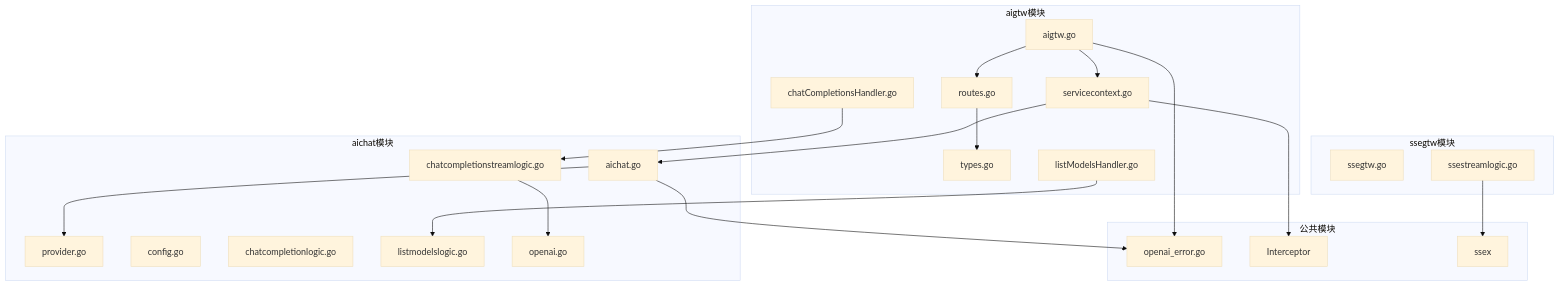
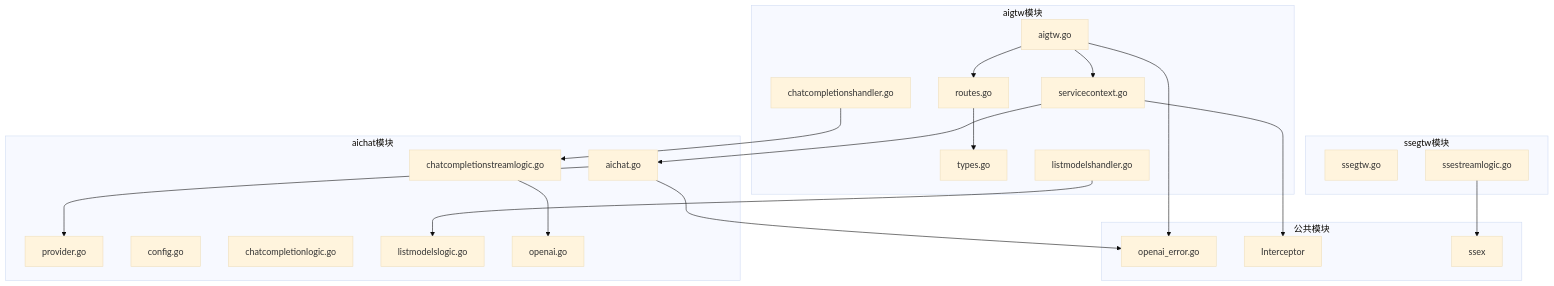
One commit to maomao94/zero-service changed the ninth of 9 diagrams in .qoder/repowiki/zh/content/网关与接口/AI网关服务.md. Above: the diagram before and after it, drawn with Mermaid (base theme). The commit also changed other lines of this file and 6 other files, not shown here.

````diff
--- a/.qoder/repowiki/zh/content/网关与接口/AI网关服务.md
+++ b/.qoder/repowiki/zh/content/网关与接口/AI网关服务.md
@@ -444,41 +452,41 @@
 ```mermaid
 graph TB
 subgraph "aigtw模块"
 A[aigtw.go]
 B[routes.go]
 C[servicecontext.go]
 D[types.go]
-E[chatCompletionsHandler.go]
-F[listModelsHandler.go]
+E[chatcompletionshandler.go]
+F[listmodelshandler.go]
 end
 subgraph "aichat模块"
 G[aichat.go]
 H[provider.go]
 I[config.go]
 J[chatcompletionstreamlogic.go]
 K[chatcompletionlogic.go]
 L[listmodelslogic.go]
 M[openai.go]
 end
 subgraph "ssegtw模块"
 N[ssegtw.go]
 O[ssestreamlogic.go]
 end
 subgraph "公共模块"
 P[openai_error.go]
 Q[Interceptor]
 R[ssex]
 end
 A --> B
 A --> C
 B --> D
 C --> G
 G --> H
 A --> P
 G --> P
 C --> Q
 O --> R
 J --> M
 E --> J
 F --> L
 ```
````
